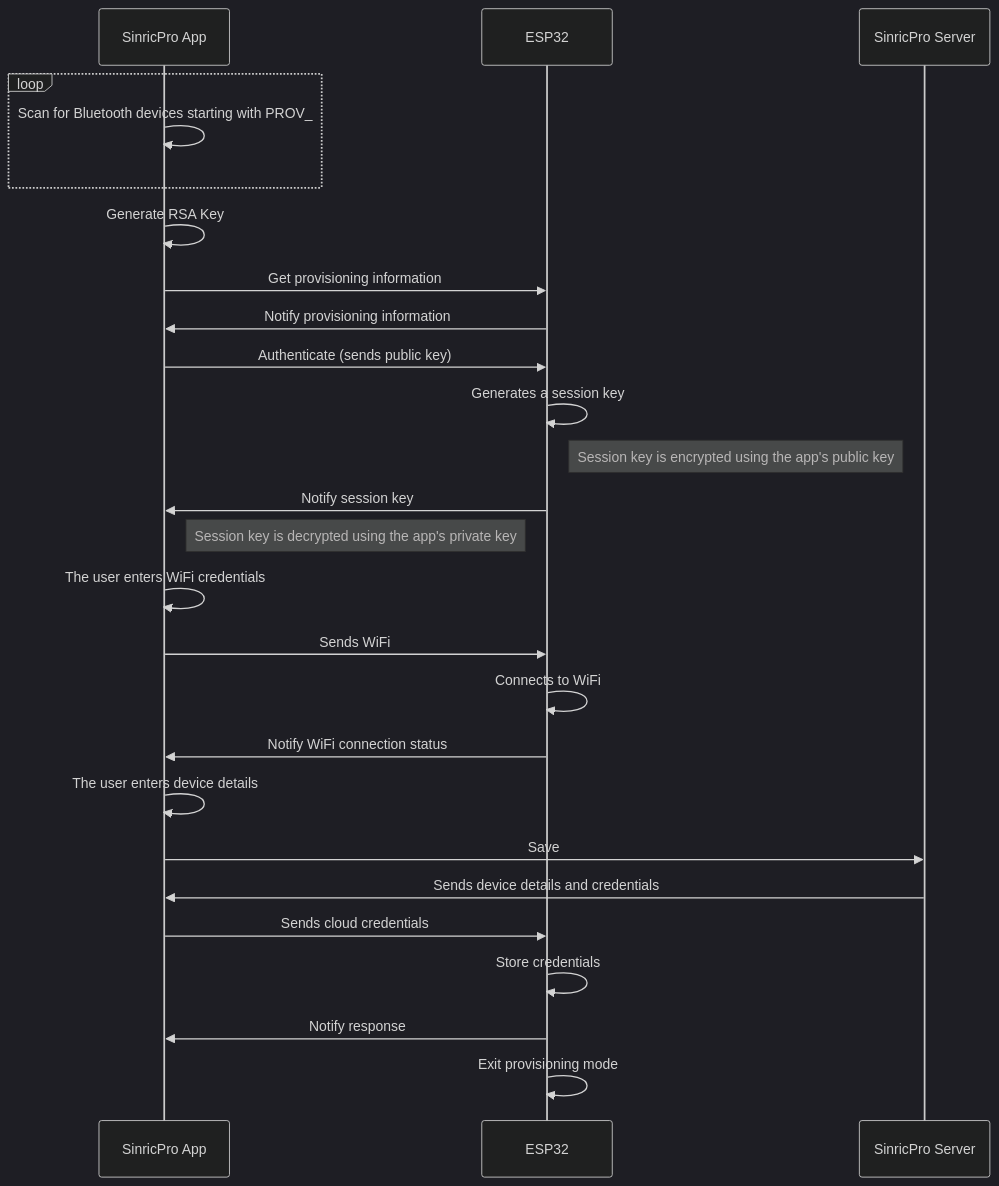
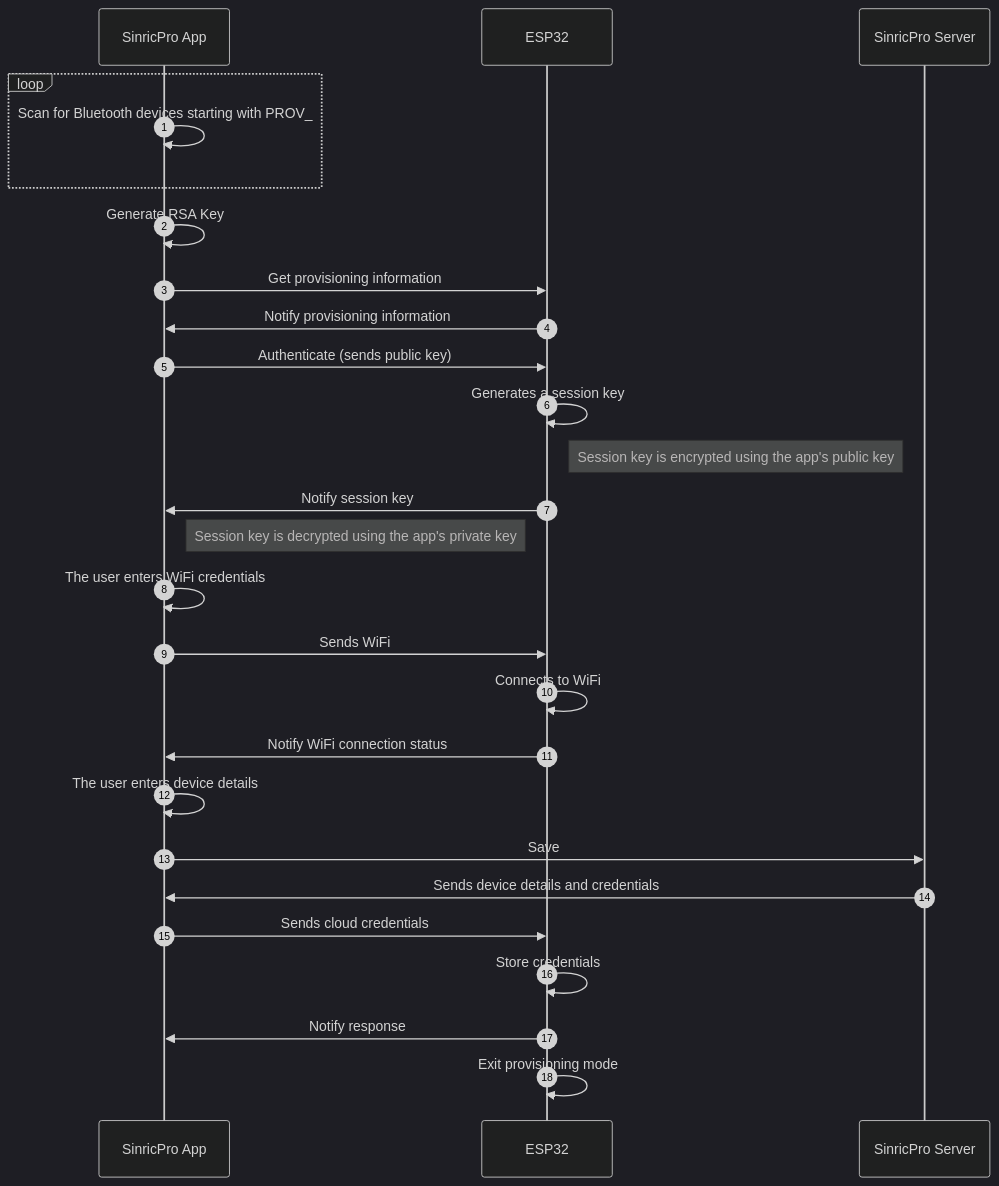
Before and after one commit to sinricpro/esp32-business-sdk: the diagram in README.md, drawn with Mermaid (dark theme).

````diff
--- a/README.md
+++ b/README.md
@@ -3,30 +3,31 @@
 ```mermaid
 sequenceDiagram
+  autonumber
   participant srpa as SinricPro App
   participant esp32 as ESP32
   participant srps as SinricPro Server
   loop
     srpa->>srpa: Scan for Bluetooth devices starting with PROV_
   end 
   srpa->>srpa: Generate RSA Key   
   srpa->>esp32: Get provisioning information
   esp32->>srpa: Notify provisioning information
   srpa->>esp32: Authenticate (sends public key)
   esp32->>esp32: Generates a session key
   Note right of esp32:  Session key is encrypted using the app's public key
   esp32->>srpa: Notify session key
   Note right of srpa:  Session key is decrypted using the app's private key
   srpa->>srpa: The user enters WiFi credentials
   srpa->>esp32: Sends WiFi
   esp32->>esp32: Connects to WiFi
   esp32->>srpa: Notify WiFi connection status
   srpa->>srpa: The user enters device details
   srpa->>srps: Save 
   srps->>srpa: Sends device details and credentials
   srpa->>esp32: Sends cloud credentials
   esp32->>esp32: Store credentials
   esp32->>srpa: Notify response
   esp32->>esp32: Exit provisioning mode
 
   %% https://mermaid.js.org/syntax/sequenceDiagram.html
 ```
````
